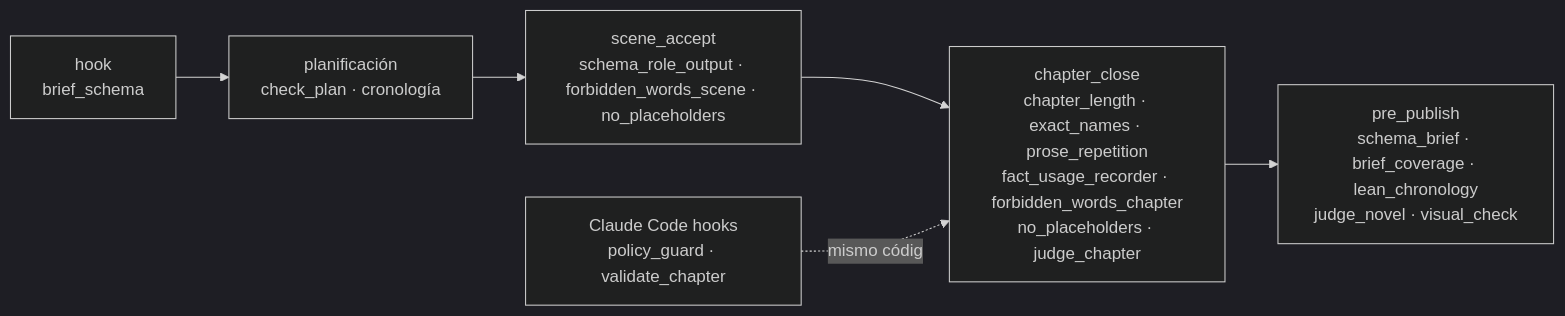
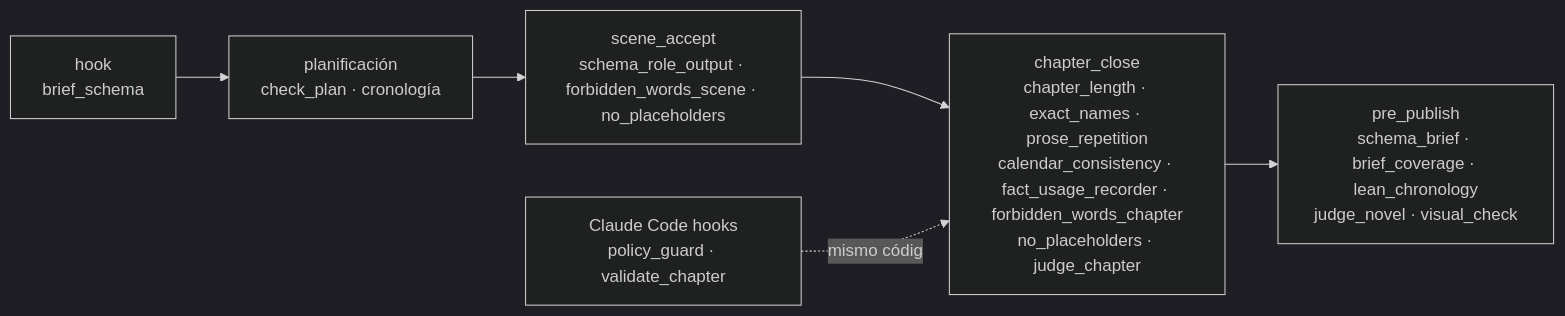
One commit to ignacio-hurtado-qaracter/My-Story-Marker changed the fourth of 4 diagrams in docs/process/diagramas.md. Above: the diagram before and after it, drawn with Mermaid (dark theme). The commit also changed other lines of this file and 1 other file, not shown here.

Commit message:
docs: tuning iteration 2 in the iteration log and validator table
Cause -> change -> expected effect of the calendar fix; results pending the
orchestrator's rerun of ejemplo.

Claude-Session: https://claude.ai/code/session_01SLwiWi2SmMJLEZNJMaEUwp

````diff
--- a/docs/process/diagramas.md
+++ b/docs/process/diagramas.md
@@ -328,8 +329,8 @@
 ```mermaid
 flowchart LR
   H["hook<br/>brief_schema"] --> P["planificación<br/>check_plan · cronología"]
   P --> S["scene_accept<br/>schema_role_output · forbidden_words_scene · no_placeholders"]
-  S --> C["chapter_close<br/>chapter_length · exact_names · prose_repetition<br/>fact_usage_recorder · forbidden_words_chapter<br/>no_placeholders · judge_chapter"]
+  S --> C["chapter_close<br/>chapter_length · exact_names · prose_repetition<br/>calendar_consistency · fact_usage_recorder · forbidden_words_chapter<br/>no_placeholders · judge_chapter"]
   C --> Q["pre_publish<br/>schema_brief · brief_coverage · lean_chronology<br/>judge_novel · visual_check"]
   CCH["Claude Code hooks<br/>policy_guard · validate_chapter"] -.mismo código.-> C
 ```
````
